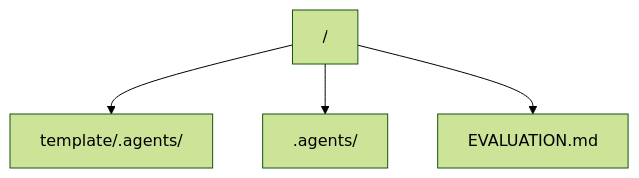
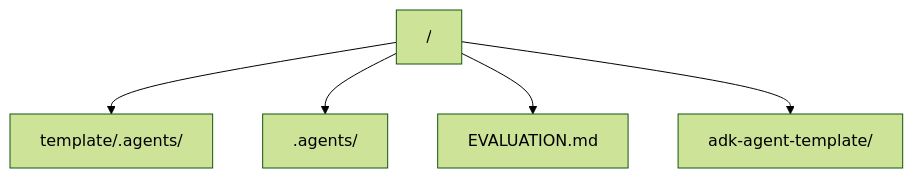
One commit to fuentesdaniel0/Agents changed the diagram in .agents/memory/context.md. Above: the diagram before and after it, drawn with Mermaid (forest theme). The commit also changed other lines of this file and 11 other files, not shown here.

Commit message:
feat(adk): add ADK agent template with FastAPI Cloud Run deployment, testing guides, client REPL, and agent factory roadmap

````diff
--- a/.agents/memory/context.md
+++ b/.agents/memory/context.md
@@ -25,10 +25,12 @@
 ```mermaid
 graph TD
     Root["/"]
     Template["template/.agents/"]
     RootAgents[".agents/"]
     Eval["EVALUATION.md"]
+    ADKTemplate["adk-agent-template/"]
     Root --> Template
     Root --> RootAgents
     Root --> Eval
+    Root --> ADKTemplate
 ```
````
